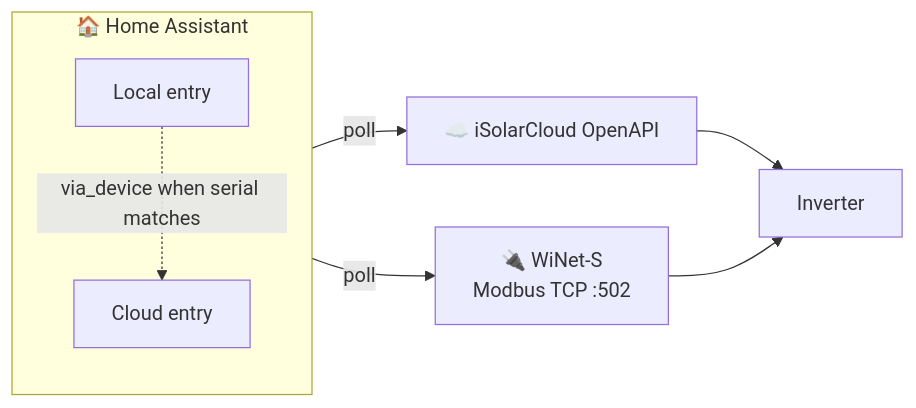
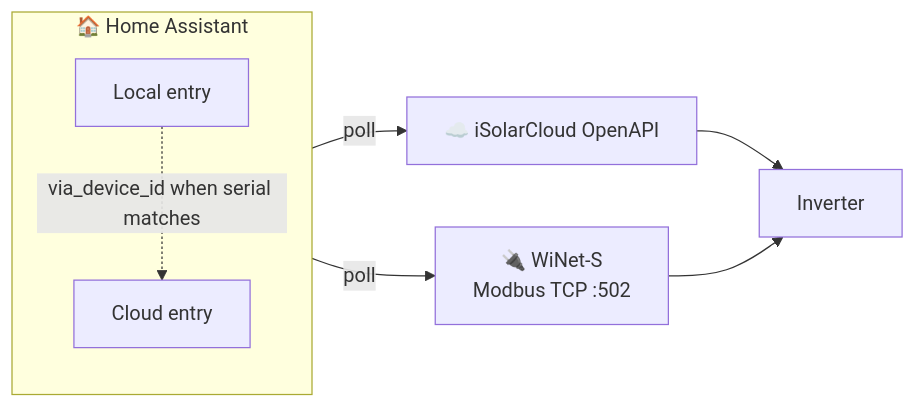
Before and after one commit to KRoperUK/sungrow-hass: the diagram in docs/local-modbus.md, drawn with Mermaid. The commit also changed other lines of this file and 11 other files, not shown here.

````diff
--- a/docs/local-modbus.md
+++ b/docs/local-modbus.md
@@ -74,13 +74,13 @@
 ```mermaid
 flowchart LR
     subgraph HA["🏠 Home Assistant"]
         direction TB
         CO["Cloud entry"]
         LO["Local entry"]
     end
     CO -->|"poll"| API["☁️ iSolarCloud OpenAPI"]
     LO -->|"poll"| WN["🔌 WiNet-S<br/>Modbus TCP :502"]
     API --> INV["Inverter"]
     WN --> INV
-    LO -.->|"via_device when serial matches"| CO
+    LO -.->|"via_device_id when serial matches"| CO
 ```
````
